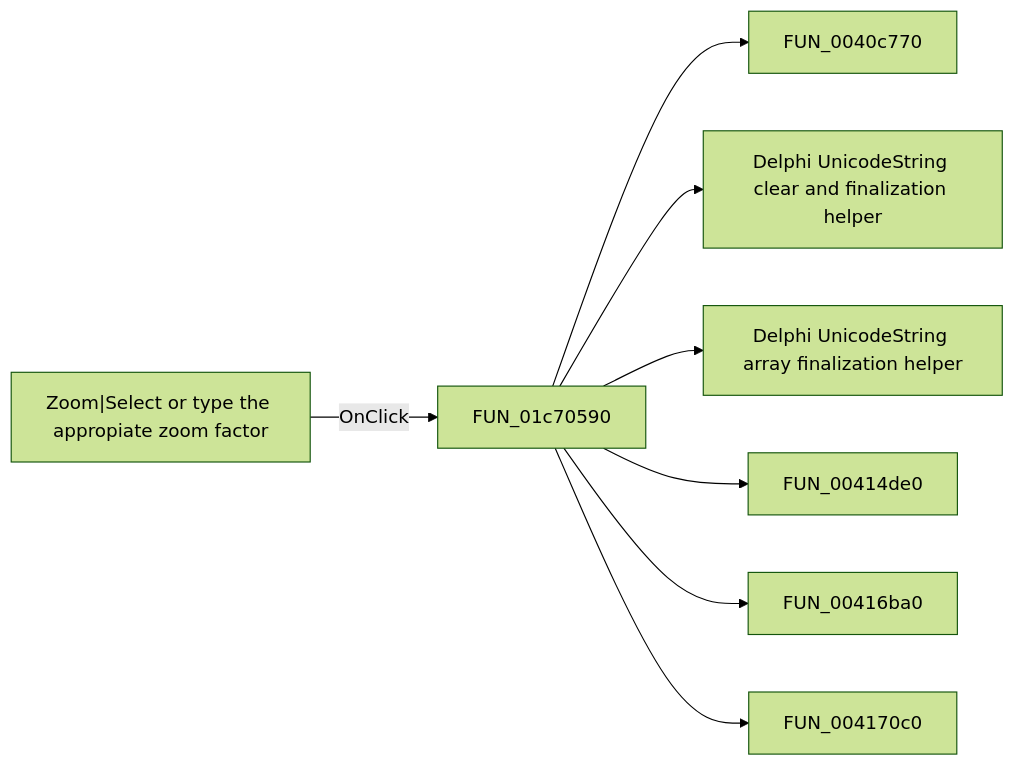
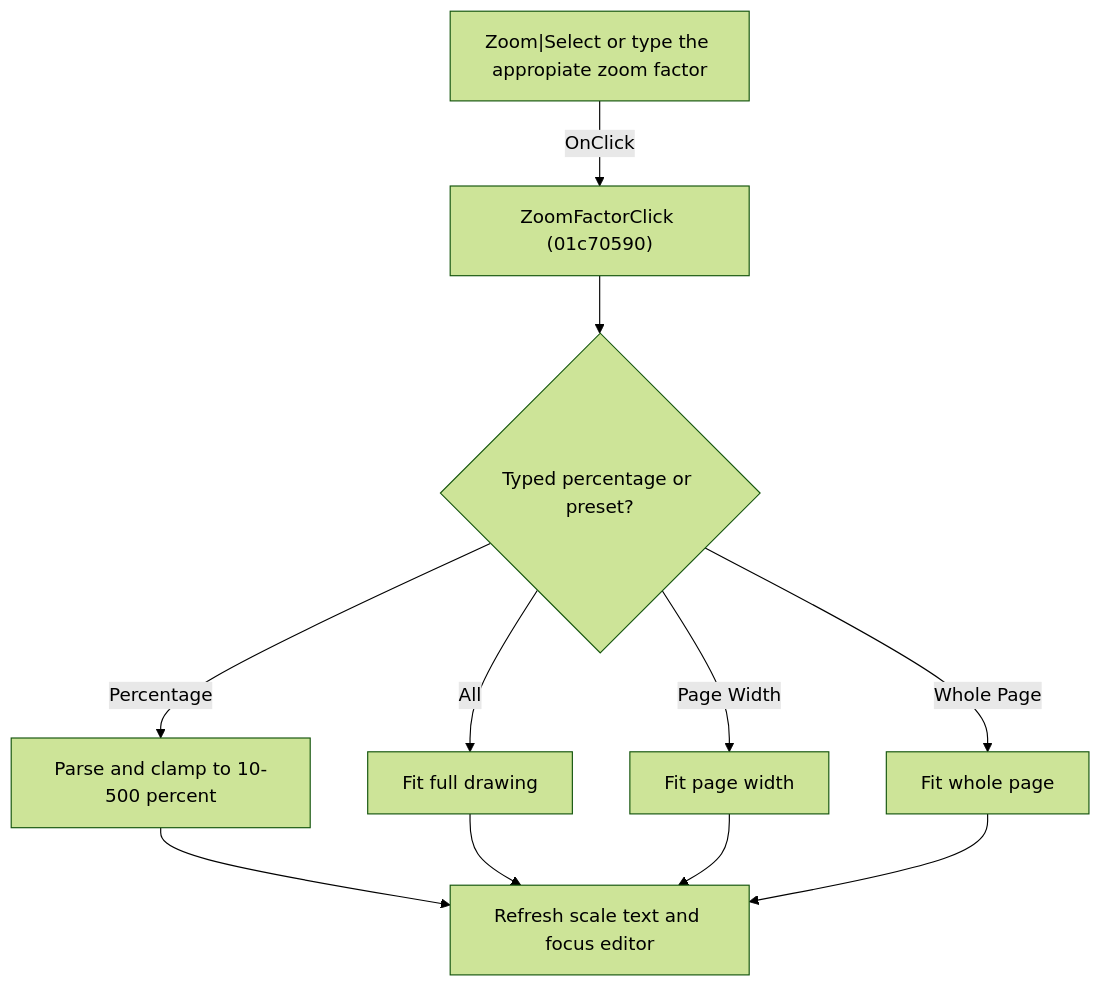
The diagram in docs/ui-controls/schematiceditor/zoomfactor-87349e9226.md (MovGP0/TIARA), drawn with Mermaid (forest theme) before and after one commit. The commit also changed other lines of this file and 1062 other files, not shown here.

````diff
--- a/docs/ui-controls/schematiceditor/zoomfactor-87349e9226.md
+++ b/docs/ui-controls/schematiceditor/zoomfactor-87349e9226.md
@@ -27,10 +27,13 @@
 ```mermaid
-flowchart LR
-    control["Zoom|Select or type the appropiate zoom factor"] -->|OnClick| handler["FUN_01c70590"]
-    handler --> call1["FUN_0040c770"]
-    handler --> call2["Delphi UnicodeString clear and finalization helper"]
-    handler --> call3["Delphi UnicodeString array finalization helper"]
-    handler --> call4["FUN_00414de0"]
-    handler --> call5["FUN_00416ba0"]
-    handler --> call6["FUN_004170c0"]
+flowchart TD
+    control["Zoom|Select or type the appropiate zoom factor"] -->|"OnClick"| handler["ZoomFactorClick (01c70590)"]
+    handler --> choice{"Typed percentage or preset?"}
+    choice -->|"Percentage"| numeric["Parse and clamp to 10-500 percent"]
+    choice -->|"All"| all["Fit full drawing"]
+    choice -->|"Page Width"| width["Fit page width"]
+    choice -->|"Whole Page"| page["Fit whole page"]
+    numeric --> finish["Refresh scale text and focus editor"]
+    all --> finish
+    width --> finish
+    page --> finish
 ```
````
